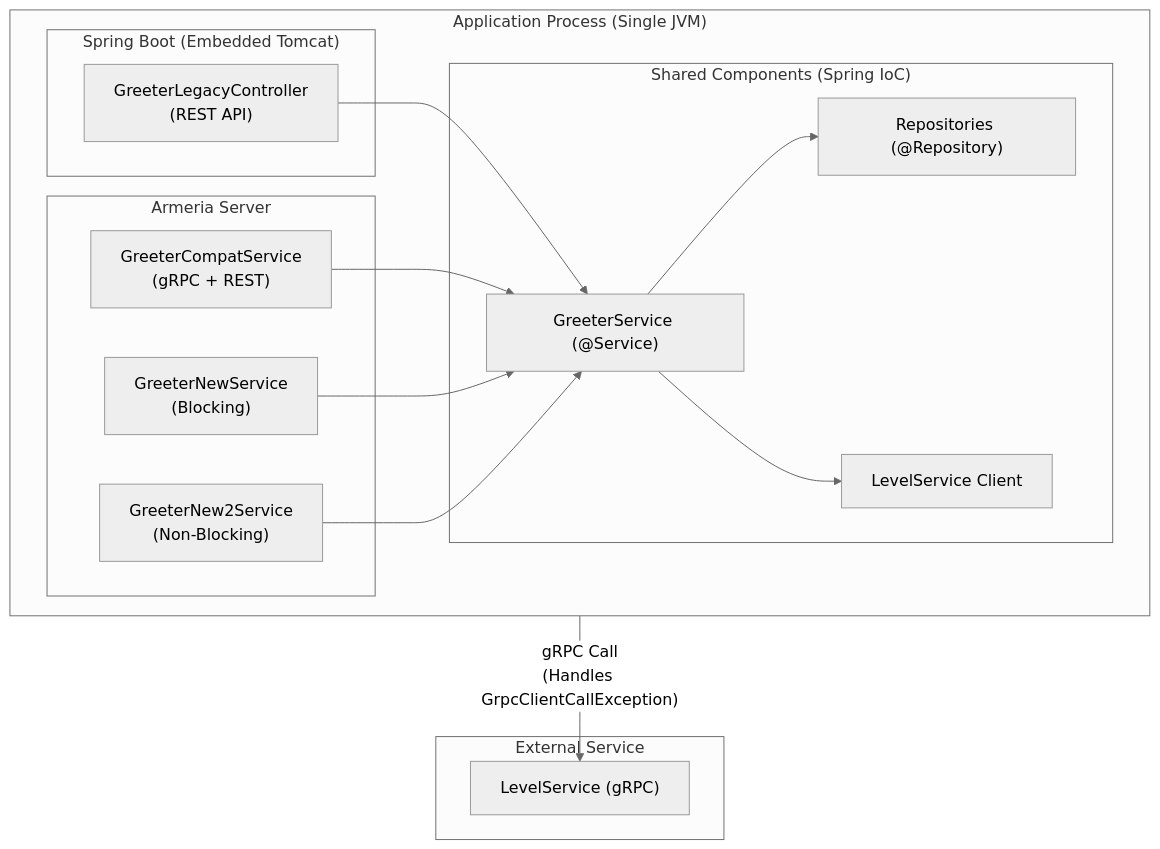
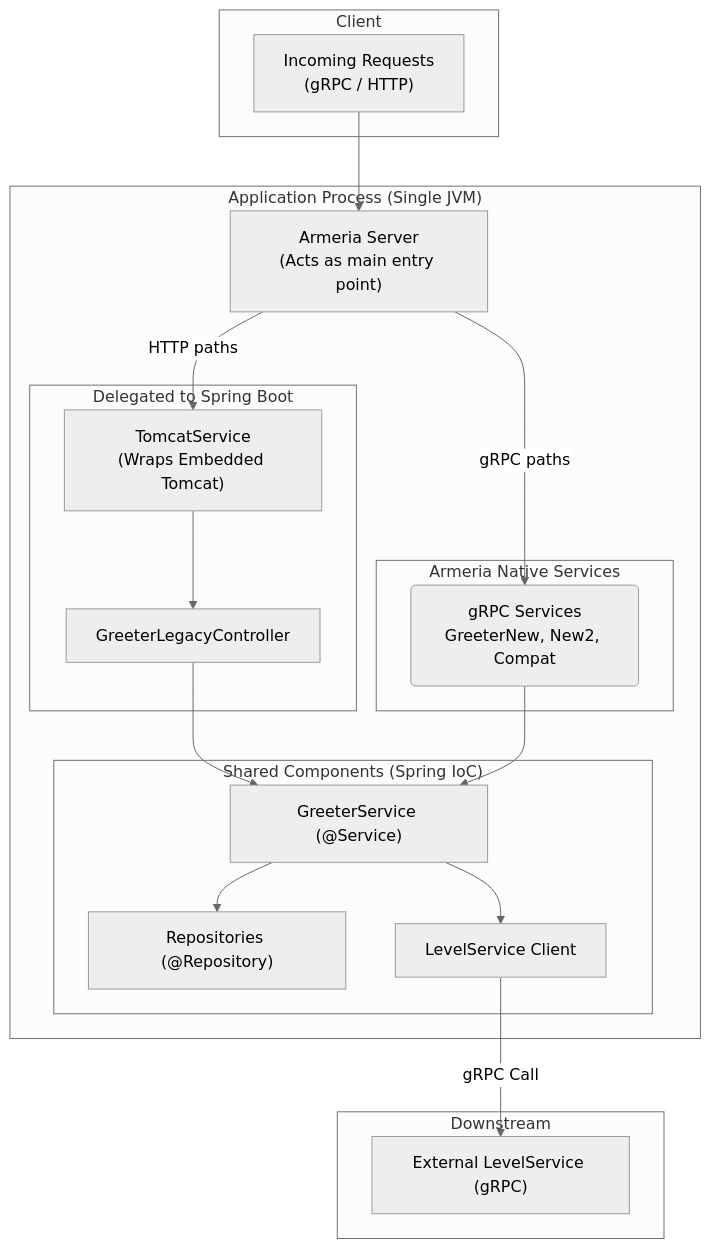
The diagram in README.md (minsujang0/ArmeriaOnSpring), drawn with Mermaid (neutral theme) before and after one commit. The commit also changed other lines of this file, not shown here.

Commit message:
docs(readme): clarify architecture overview and update service interactions

````diff
--- a/README.md
+++ b/README.md
@@ -28,36 +30,44 @@
 ```mermaid
 graph TD
+    subgraph "Client"
+        IncomingRequest["Incoming Requests<br>(gRPC / HTTP)"]
+    end
+
     subgraph "Application Process (Single JVM)"
-        direction LR
+        ArmeriaServer["Armeria Server<br>(Acts as main entry point)"]
 
-        subgraph "Armeria Server"
-            gRPC_Compat["GreeterCompatService<br>(gRPC + REST)"]
-            gRPC_New["GreeterNewService<br>(Blocking)"]
-            gRPC_New2["GreeterNew2Service<br>(Non-Blocking)"]
+        subgraph "Armeria Native Services"
+            gRPC_Services("gRPC Services<br>GreeterNew, New2, Compat")
         end
 
-        subgraph "Spring Boot (Embedded Tomcat)"
-            REST_Legacy["GreeterLegacyController<br>(REST API)"]
+        subgraph "Delegated to Spring Boot"
+            TomcatService["TomcatService<br>(Wraps Embedded Tomcat)"]
+            REST_Legacy["GreeterLegacyController"]
         end
 
         subgraph "Shared Components (Spring IoC)"
             BusinessService["GreeterService (@Service)"]
             Repo["Repositories (@Repository)"]
             LevelClient["LevelService Client"]
         end
     end
 
-    subgraph "External Service"
-        LevelService["LevelService (gRPC)"]
+    subgraph "Downstream"
+        ExternalService["External LevelService (gRPC)"]
     end
 
+    IncomingRequest --> ArmeriaServer
+
+    ArmeriaServer -- "gRPC paths" --> gRPC_Services
+    ArmeriaServer -- "HTTP paths" --> TomcatService
+
+    TomcatService --> REST_Legacy
+
     REST_Legacy --> BusinessService
-    gRPC_Compat --> BusinessService
-    gRPC_New --> BusinessService
-    gRPC_New2 --> BusinessService
+    gRPC_Services --> BusinessService
 
     BusinessService --> Repo
     BusinessService --> LevelClient
 
-    LevelClient -- "gRPC Call<br>(Handles GrpcClientCallException)" --> LevelService
+    LevelClient -- "gRPC Call" --> ExternalService
 ```
````
